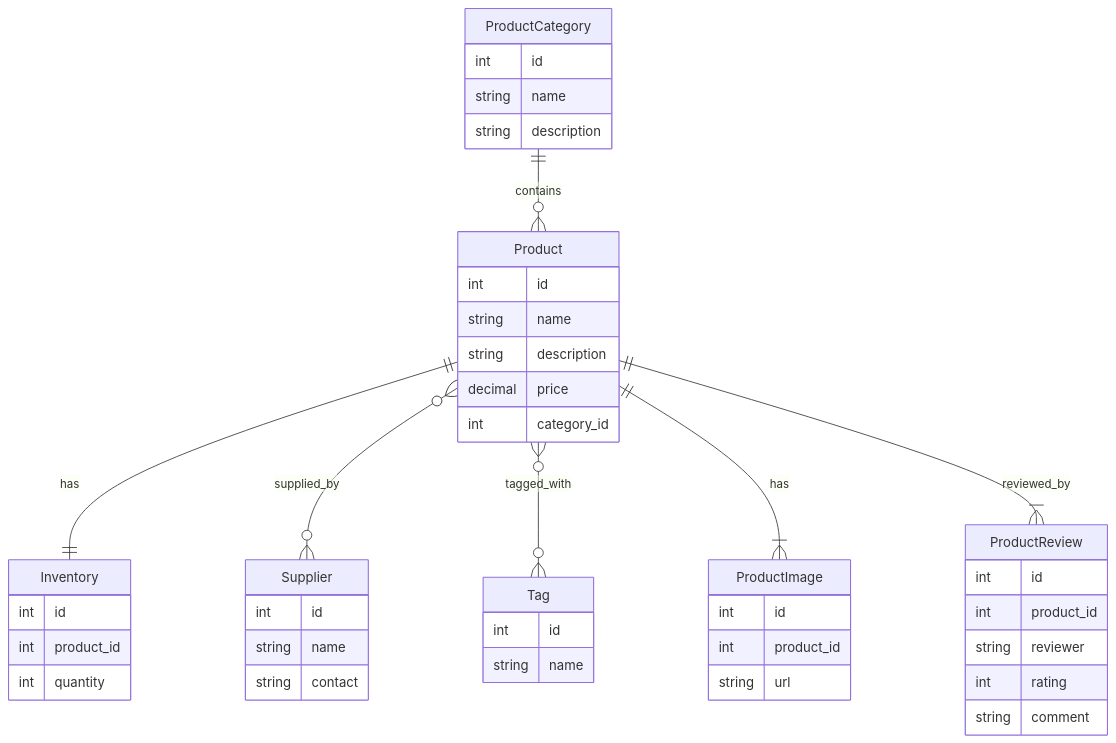
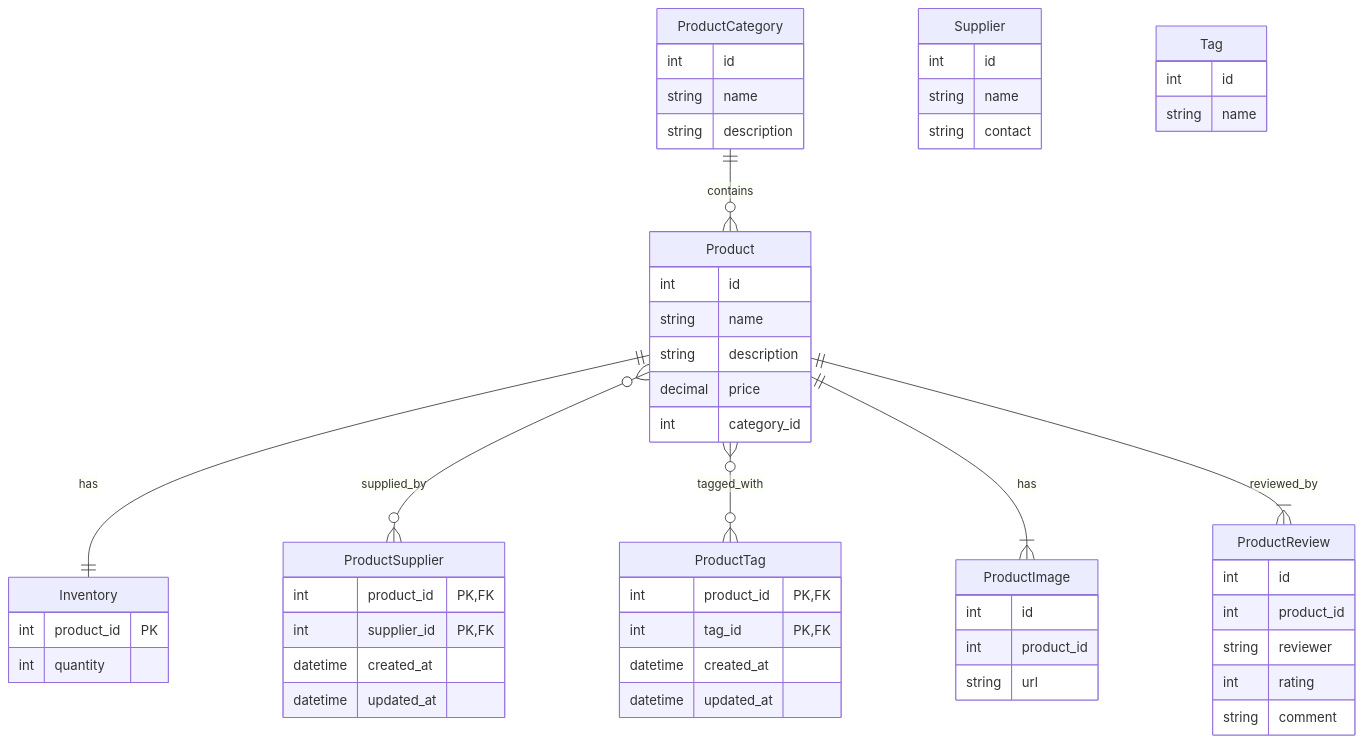
Before and after one commit to amitrupanwar/spring-boot-rest-jpa-aop-logging: the diagram in README.md, drawn with Mermaid. The commit also changed other lines of this file and 11 other files, not shown here.

Commit message:
ERD modifications and model implementation

````diff
--- a/README.md
+++ b/README.md
@@ -58,47 +58,58 @@
 ```mermaid
 erDiagram
   ProductCategory ||--o{ Product : contains
   Product ||--|| Inventory : has
-  Product }o--o{ Supplier : supplied_by
-  Product }o--o{ Tag : tagged_with
+  Product }o--o{ ProductSupplier : supplied_by
+  Product }o--o{ ProductTag : tagged_with
   Product ||--|{ ProductImage : has
   Product ||--|{ ProductReview : reviewed_by
   ProductCategory {
     int id
     string name
     string description
   }
   Product {
     int id
     string name
     string description
     decimal price
     int category_id
   }
   Inventory {
-    int id
-    int product_id
+    int product_id PK
     int quantity
+  }
+  ProductSupplier {
+    int product_id PK, FK
+    int supplier_id PK, FK
+    datetime created_at
+    datetime updated_at
   }
   Supplier {
     int id
     string name
     string contact
+  }
+  ProductTag {
+    int product_id PK, FK
+    int tag_id PK, FK
+    datetime created_at
+    datetime updated_at
   }
   Tag {
     int id
     string name
   }
   ProductImage {
     int id
     int product_id
     string url
   }
   ProductReview {
     int id
     int product_id
     string reviewer
     int rating
     string comment
   }
 ```
````
